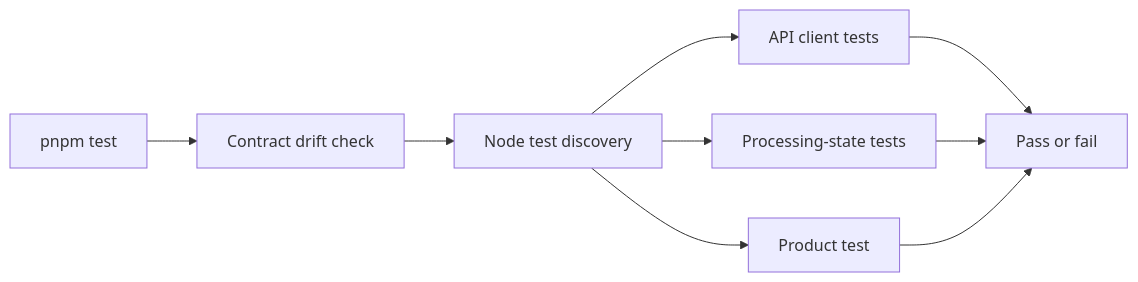
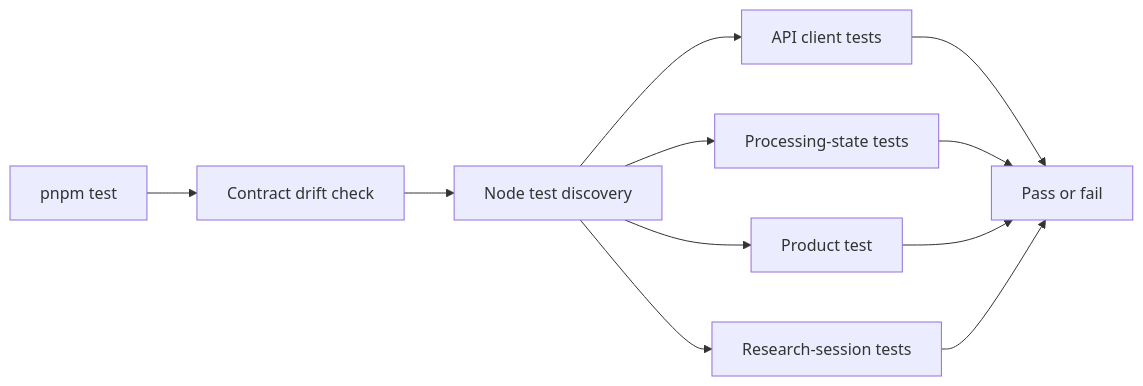
The diagram in frontend/tests/README.md (rnkraus/investment-research), drawn with Mermaid before and after one commit. The commit also changed other lines of this file and 1 other file, not shown here.

First line of the commit message:
test(frontend): reject partial research failures

````diff
--- a/frontend/tests/README.md
+++ b/frontend/tests/README.md
@@ -14,11 +15,13 @@
 ```mermaid
 flowchart LR
     TEST[pnpm test] --> CONTRACT[Contract drift check]
     CONTRACT --> DISCOVERY[Node test discovery]
     DISCOVERY --> API[API client tests]
     DISCOVERY --> PROCESSING[Processing-state tests]
     DISCOVERY --> PRODUCT[Product test]
+    DISCOVERY --> RESEARCH[Research-session tests]
     API --> RESULT[Pass or fail]
     PROCESSING --> RESULT
     PRODUCT --> RESULT
+    RESEARCH --> RESULT
 ```
````
